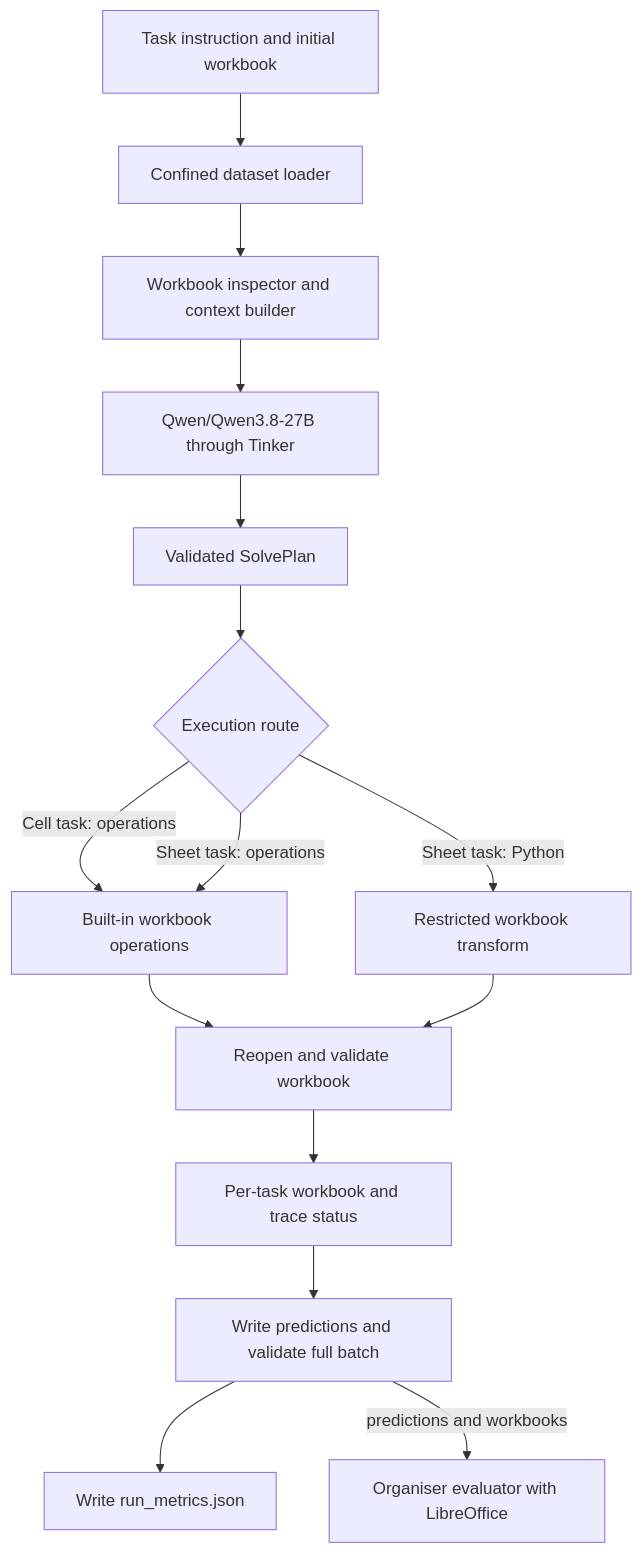
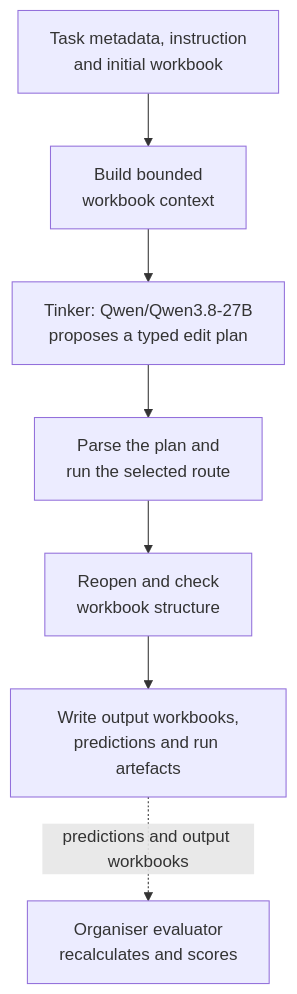
The diagram in README.md (MasteraSnackin/ExactSource), drawn with Mermaid before and after one commit. The commit also changed other lines of this file and 1 other file, not shown here.

Commit message:
docs: clarify ExactSource architecture diagrams

````diff
--- a/README.md
+++ b/README.md
@@ -75,19 +75,20 @@
 ```mermaid
 flowchart TD
-    accTitle: ExactSource workbook processing flow
-    accDescr: A dataset task becomes workbook context, a model plan and either built-in operations or a restricted sheet transform. ExactSource writes per-task evidence, validates the full batch, records run metrics and passes predictions plus workbooks to the external evaluator.
-    Input["Task instruction and initial workbook"] --> Loader["Confined dataset loader"]
-    Loader --> Context["Workbook inspector and context builder"]
-    Context --> Model["Qwen/Qwen3.8-27B through Tinker"]
-    Model --> Plan["Validated SolvePlan"]
-    Plan --> Route{"Execution route"}
-    Route -->|"Cell task: operations"| Operations["Built-in workbook operations"]
-    Route -->|"Sheet task: operations"| Operations
-    Route -->|"Sheet task: Python"| Transform["Restricted workbook transform"]
-    Operations --> Validate["Reopen and validate workbook"]
-    Transform --> Validate
-    Validate --> TaskOutput["Per-task workbook and trace status"]
-    TaskOutput --> Batch["Write predictions and validate full batch"]
-    Batch --> Metrics["Write run_metrics.json"]
-    Batch -->|"predictions and workbooks"| Evaluator["Organiser evaluator with LibreOffice"]
+    accTitle: ExactSource processing and external scoring
+    accDescr: ExactSource reads task metadata, an instruction and an initial workbook, builds bounded text context, asks Qwen through Tinker for a typed edit plan, parses the plan and runs the selected route, checks the workbook structure and writes the output artefacts. The organiser separately recalculates and scores the output workbooks.
+
+    Input["Task metadata, instruction<br/>and initial workbook"]
+    Inspect["Build bounded<br/>workbook context"]
+    Model["Tinker: Qwen/Qwen3.8-27B<br/>proposes a typed edit plan"]
+    Execute["Parse the plan and<br/>run the selected route"]
+    Check["Reopen and check<br/>workbook structure"]
+    Output["Write output workbooks,<br/>predictions and run artefacts"]
+    Score["Organiser evaluator<br/>recalculates and scores"]
+
+    Input --> Inspect
+    Inspect --> Model
+    Model --> Execute
+    Execute --> Check
+    Check --> Output
+    Output -.->|"predictions and output workbooks"| Score
 ```
````
